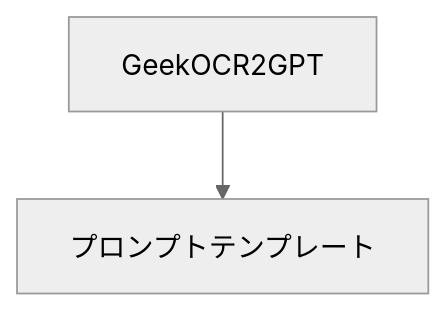
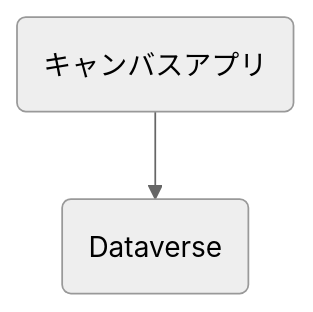
The diagram in README.md (geekfujiwara/OCR2GPT), drawn with Mermaid (neutral theme) before and after one commit.

````diff
--- a/README.md
+++ b/README.md
@@ -25,4 +25,4 @@
 ```mermaid
 flowchart TD
-    GeekOCR2GPT --> プロンプトテンプレート
+    GeekOCR2GPT(キャンバスアプリ) --> プロンプトテンプレート(Dataverse)
 ```
````
